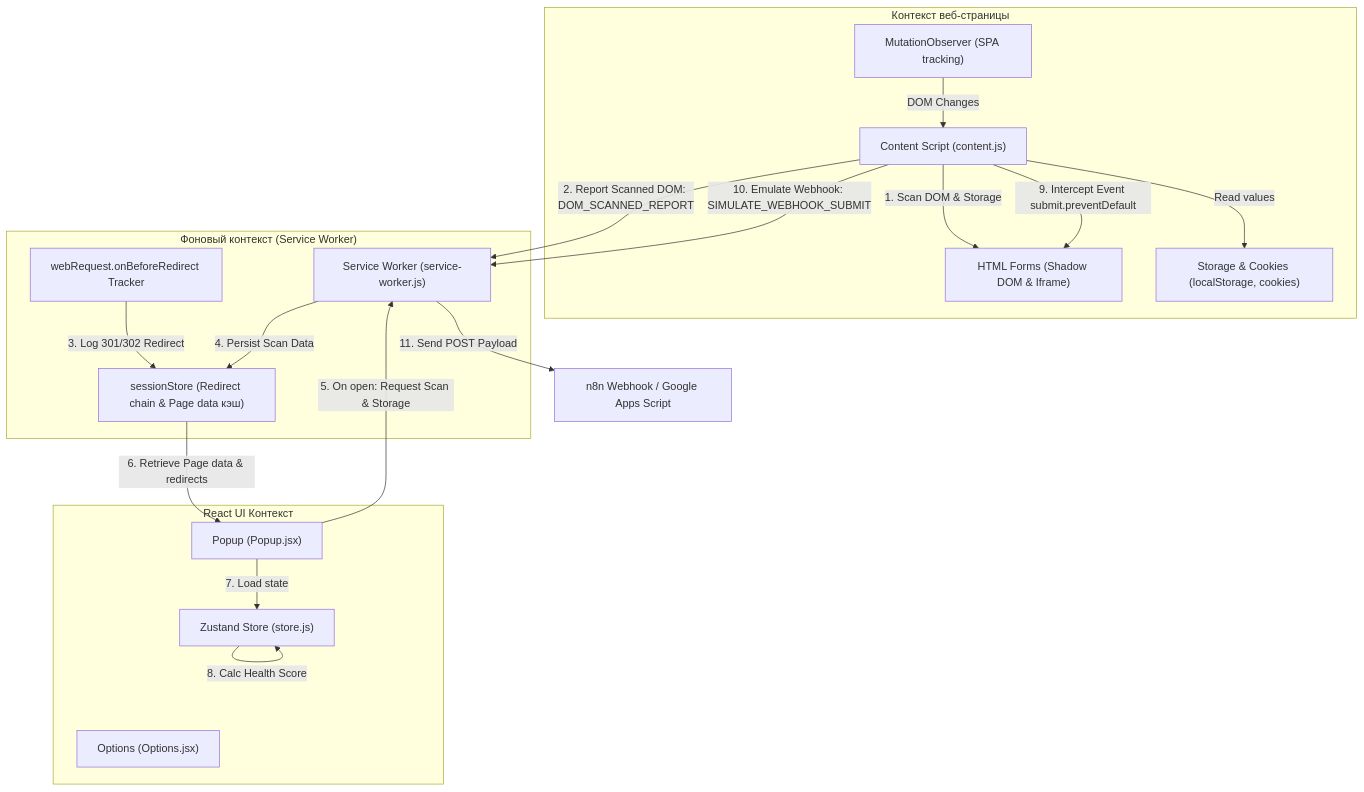
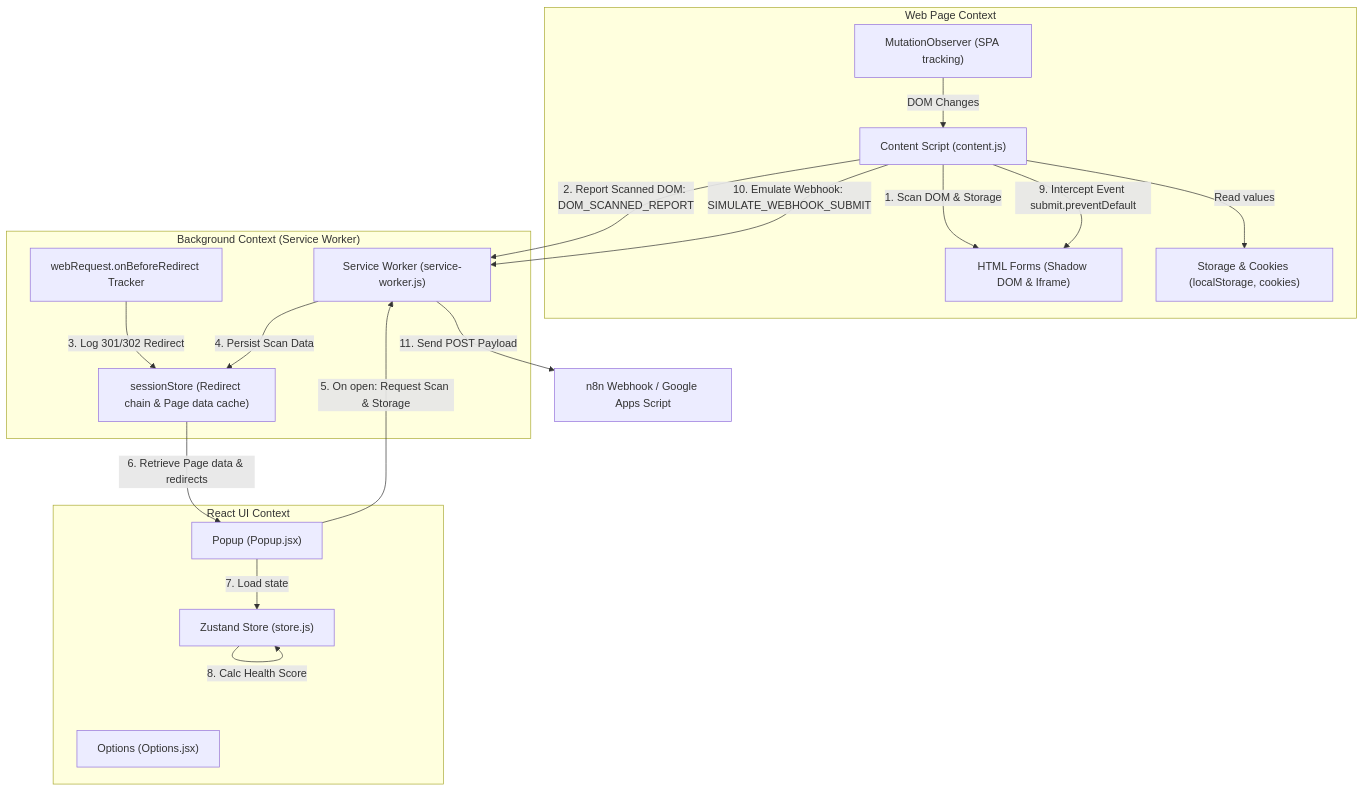
One commit to rQC2Qm7p7U/OTReniX-UTM-Validator-chrome-extention changed the first of 2 diagrams in DEVELOPER.md. Above: the diagram before and after it, drawn with Mermaid. The commit also changed other lines of this file and 14 other files, not shown here.

````diff
--- a/DEVELOPER.md
+++ b/DEVELOPER.md
@@ -16,40 +16,40 @@
 ```mermaid
 graph TD
-    %% Компоненты
-    subgraph PageContext ["Контекст веб-страницы"]
+    %% Components
+    subgraph PageContext ["Web Page Context"]
         CS["Content Script (content.js)"]
         Forms["HTML Forms (Shadow DOM & Iframe)"]
         Storage["Storage & Cookies (localStorage, cookies)"]
         DOMObs["MutationObserver (SPA tracking)"]
     end
 
-    subgraph BackgroundContext ["Фоновый контекст (Service Worker)"]
+    subgraph BackgroundContext ["Background Context (Service Worker)"]
         SW["Service Worker (service-worker.js)"]
         RedirectTrack["webRequest.onBeforeRedirect Tracker"]
-        SessionStore["sessionStore (Redirect chain & Page data кэш)"]
+        SessionStore["sessionStore (Redirect chain & Page data cache)"]
     end
 
-    subgraph UIContext ["React UI Контекст"]
+    subgraph UIContext ["React UI Context"]
         Popup["Popup (Popup.jsx)"]
         Options["Options (Options.jsx)"]
         Store["Zustand Store (store.js)"]
     end
 
-    %% Взаимодействия
+    %% Interactions
     DOMObs -->|DOM Changes| CS
     CS -->|1. Scan DOM & Storage| Forms
     CS -->|Read values| Storage
     CS -->|2. Report Scanned DOM: DOM_SCANNED_REPORT| SW
     
     RedirectTrack -->|3. Log 301/302 Redirect| SessionStore
     SW -->|4. Persist Scan Data| SessionStore
     
     Popup -->|5. On open: Request Scan & Storage| SW
     SessionStore -->|6. Retrieve Page data & redirects| Popup
     Popup -->|7. Load state| Store
     Store -->|8. Calc Health Score| Store
     
     CS -->|9. Intercept Event submit.preventDefault| Forms
     CS -->|10. Emulate Webhook: SIMULATE_WEBHOOK_SUBMIT| SW
     SW -->|11. Send POST Payload| Webhook["n8n Webhook / Google Apps Script"]
 ```
````
